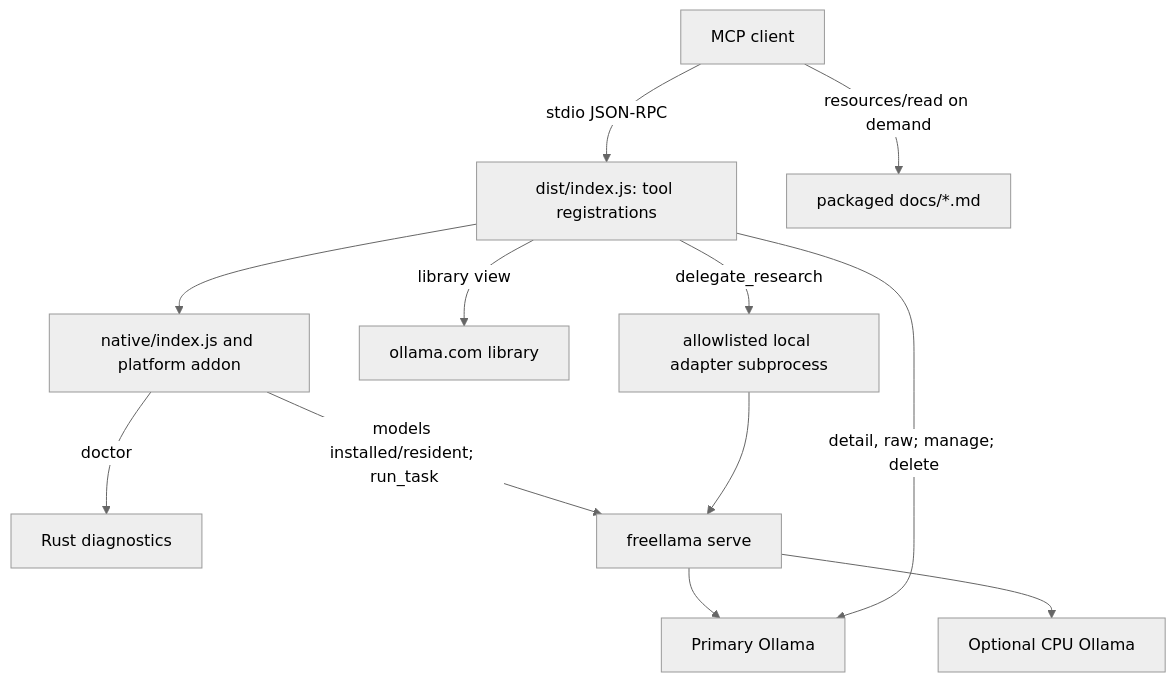
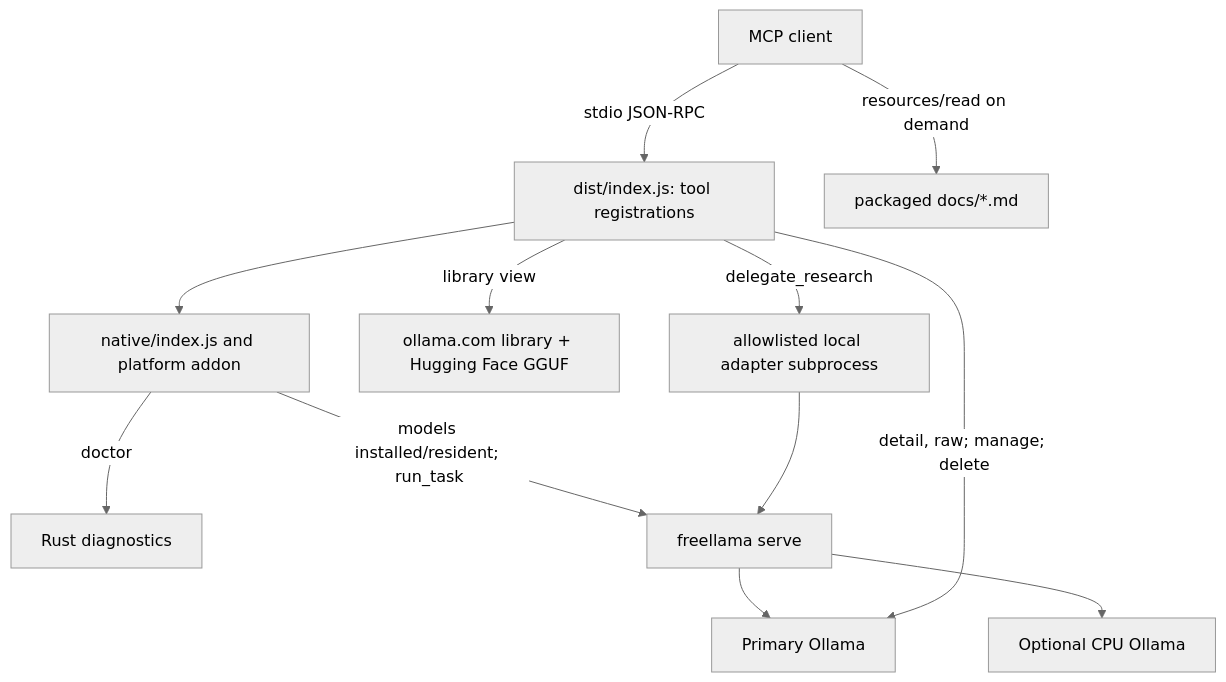
Before and after one commit to bgauryy/FreeLlama: the diagram in packages/mcp/README.md, drawn with Mermaid (neutral theme). The commit also changed other lines of this file and 37 other files, not shown here.

````diff
--- a/packages/mcp/README.md
+++ b/packages/mcp/README.md
@@ -184,14 +184,14 @@
 ```mermaid
 flowchart TD
     C["MCP client"] -->|"stdio JSON-RPC"| B["dist/index.js: tool registrations"]
     B --> N["native/index.js and platform addon"]
     N -->|"doctor"| L["Rust diagnostics"]
     N -->|"models installed/resident; run_task"| S["freellama serve"]
     S --> G["Primary Ollama"]
     S --> U["Optional CPU Ollama"]
     B -->|"detail, raw; manage; delete"| G
-    B -->|"library view"| W["ollama.com library"]
+    B -->|"library view"| W["ollama.com library + Hugging Face GGUF"]
     B -->|"delegate_research"| A["allowlisted local adapter subprocess"]
     A --> S
     C -->|"resources/read on demand"| D["packaged docs/*.md"]
 ```
````
